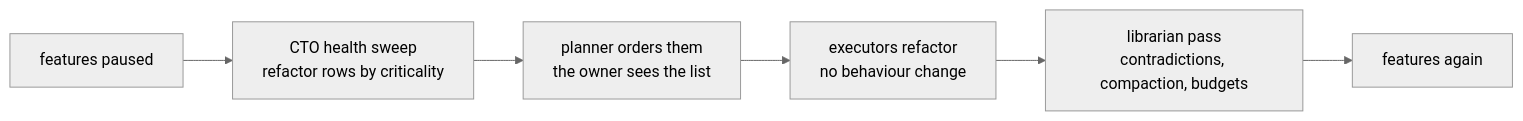
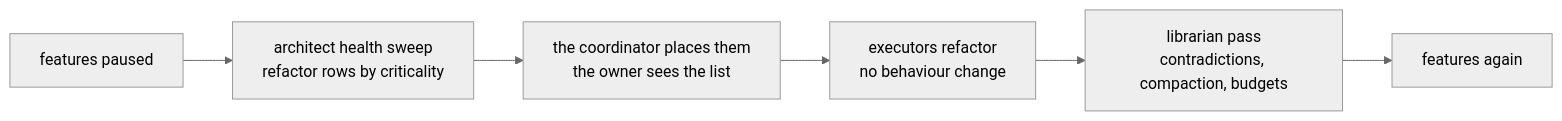
Before and after one commit to Squikle/vibecode.md: the fifth of 8 diagrams in README.md, drawn with Mermaid (neutral theme). The commit also changed other lines of this file and 2 other files, not shown here.

````diff
--- a/README.md
+++ b/README.md
@@ -95,8 +103,8 @@
 ```mermaid
 flowchart LR
-  S[features paused] --> W[CTO health sweep<br/>refactor rows by criticality]
-  W --> O[planner orders them<br/>the owner sees the list]
+  S[features paused] --> W[architect health sweep<br/>refactor rows by criticality]
+  W --> O[the coordinator places them<br/>the owner sees the list]
   O --> X[executors refactor<br/>no behaviour change]
   X --> D[librarian pass<br/>contradictions, compaction, budgets]
   D --> Z[features again]
 ```
````
